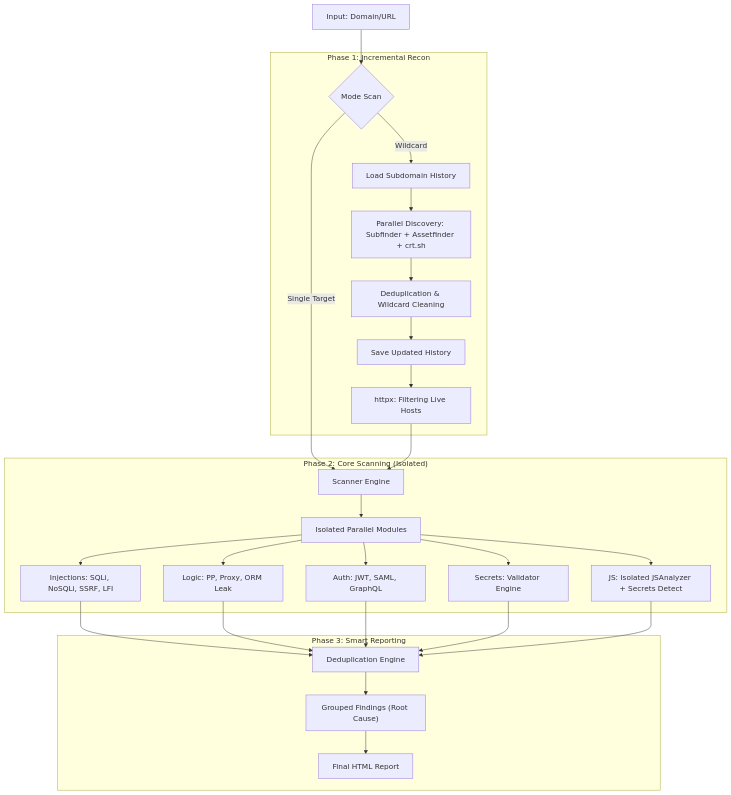
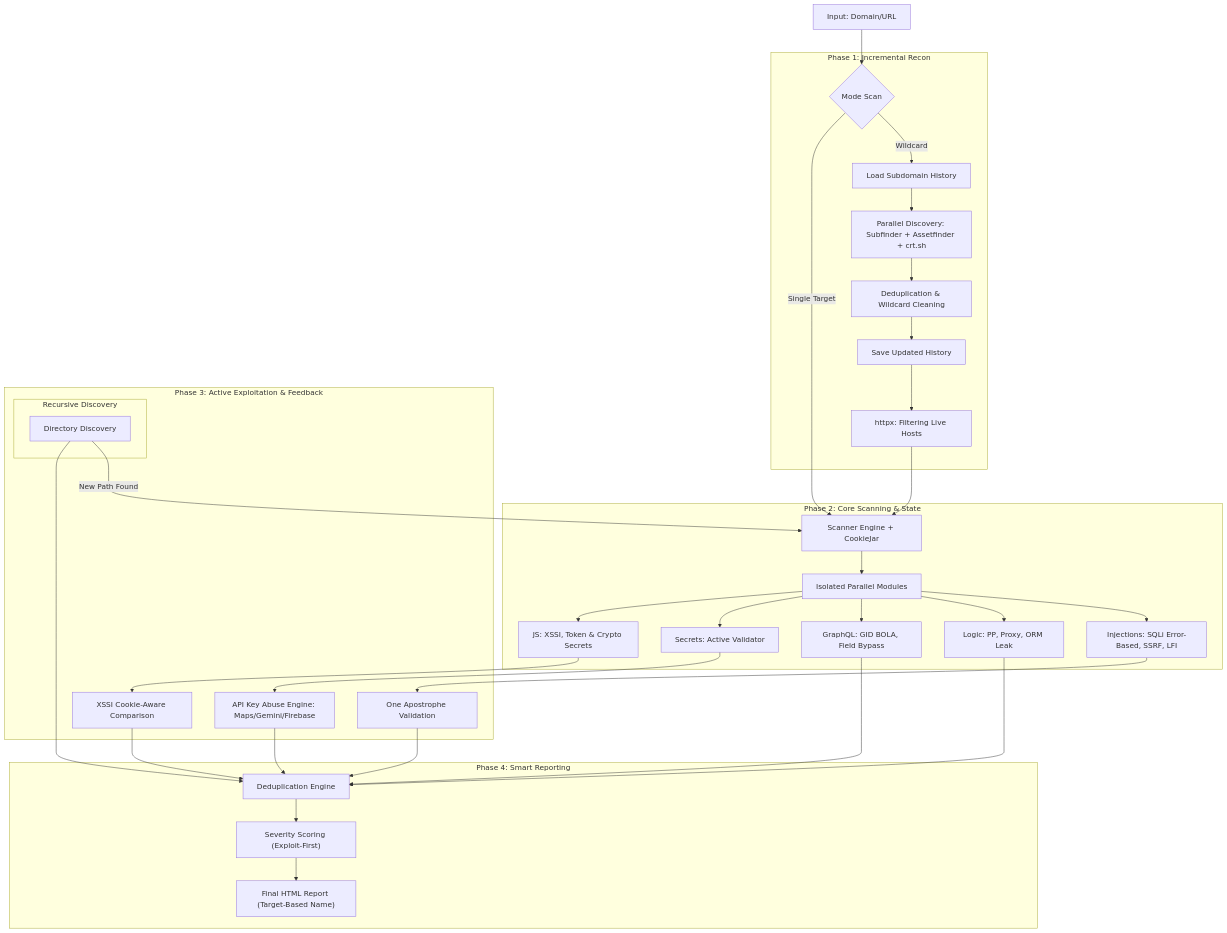
The diagram in README.md (areksaxyz/bhyakugan), drawn with Mermaid before and after one commit. The commit also changed other lines of this file and 11 other files, not shown here.

Commit message:
feat: upgrade to v3.8 - Elite Exploitation Engine & GraphQL BOLA

````diff
--- a/README.md
+++ b/README.md
@@ -40,30 +97,40 @@
 ```mermaid
 graph TD
     A[Input: Domain/URL] --> B{Mode Scan}
     
     subgraph "Phase 1: Incremental Recon"
     B -->|Wildcard| C[Load Subdomain History]
     C --> D[Parallel Discovery: Subfinder + Assetfinder + crt.sh]
     D --> E[Deduplication & Wildcard Cleaning]
     E --> F[Save Updated History]
     F --> G[httpx: Filtering Live Hosts]
     end
     
-    subgraph "Phase 2: Core Scanning (Isolated)"
-    B -->|Single Target| H[Scanner Engine]
+    subgraph "Phase 2: Core Scanning & State"
+    B -->|Single Target| H[Scanner Engine + CookieJar]
     G --> H
     H --> I[Isolated Parallel Modules]
     
-    I --> I1[Injections: SQLi, NoSQLi, SSRF, LFI]
+    I --> I1[Injections: SQLi Error-Based, SSRF, LFI]
     I --> I2[Logic: PP, Proxy, ORM Leak]
-    I --> I3[Auth: JWT, SAML, GraphQL]
-    I --> I4[Secrets: Validator Engine]
-    I --> I5[JS: Isolated JSAnalyzer + Secrets Detect]
+    I --> I3[GraphQL: GID BOLA, Field Bypass]
+    I --> I4[Secrets: Active Validator]
+    I --> I5[JS: XSSI, Token & Crypto Secrets]
+    end
+
+    subgraph "Phase 3: Active Exploitation & Feedback"
+    I4 --> E1[API Key Abuse Engine: Maps/Gemini/Firebase]
+    I1 --> E2[One Apostrophe Validation]
+    I5 --> E3[XSSI Cookie-Aware Comparison]
+    
+    subgraph "Recursive Discovery"
+    D1[Directory Discovery] -->|New Path Found| H
+    end
     end
     
-    subgraph "Phase 3: Smart Reporting"
-    I1 & I2 & I3 & I4 & I5 --> J["Deduplication Engine"]
-    J --> K["Grouped Findings (Root Cause)"]
-    K --> L["Final HTML Report"]
+    subgraph "Phase 4: Smart Reporting"
+    E1 & E2 & E3 & I2 & I3 & D1 --> J["Deduplication Engine"]
+    J --> K["Severity Scoring (Exploit-First)"]
+    K --> L["Final HTML Report (Target-Based Name)"]
     end
 ```
````
